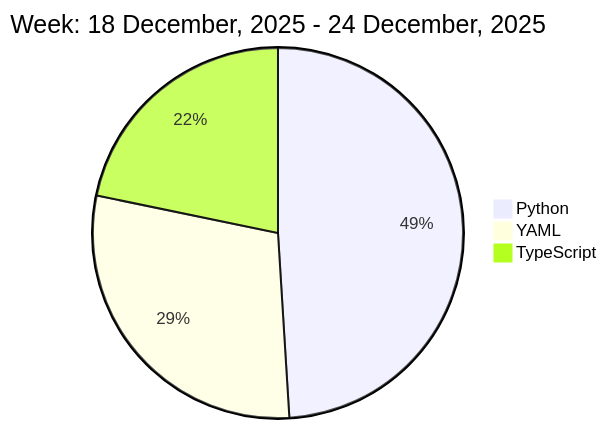
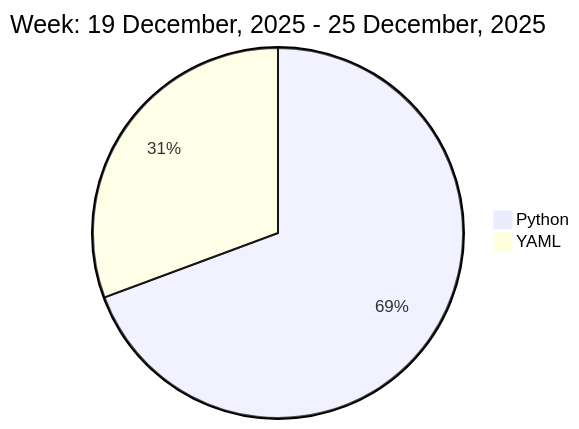
The diagram in README.md (liubin95/liubin95), drawn with Mermaid before and after one commit.

Commit message:
Updated the Graph with new Metrics

````diff
--- a/README.md
+++ b/README.md
@@ -37,7 +37,6 @@
 ```mermaid
  pie
-title Week: 18 December, 2025 - 24 December, 2025
- "Python" : 8.0
- "YAML" : 4.77
- "TypeScript" : 3.55
+title Week: 19 December, 2025 - 25 December, 2025
+ "Python" : 10.45
+ "YAML" : 4.62
 ```
````
